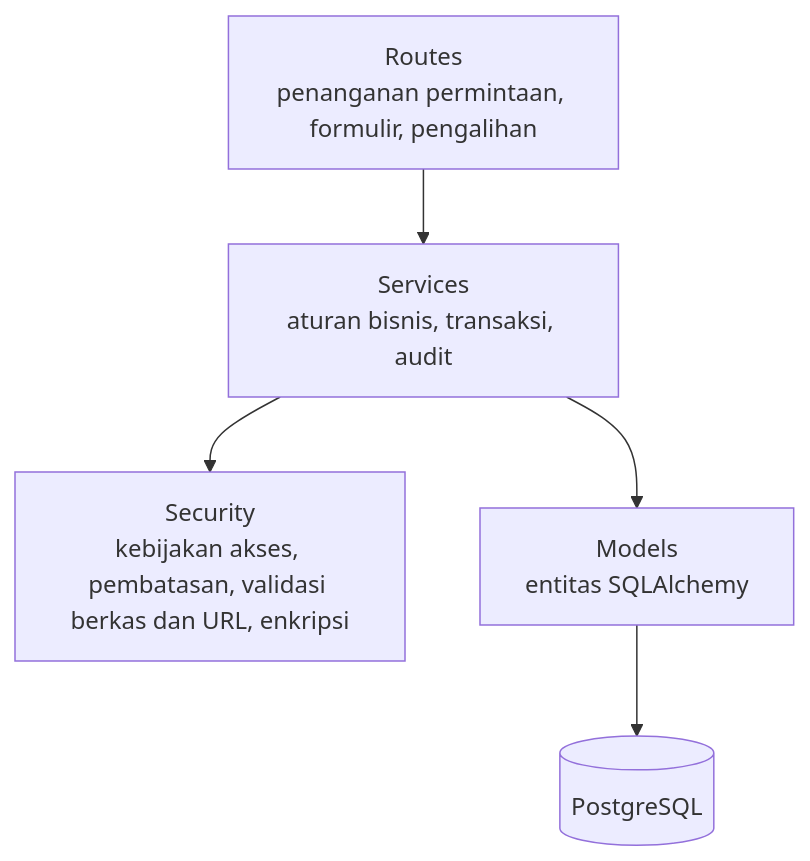
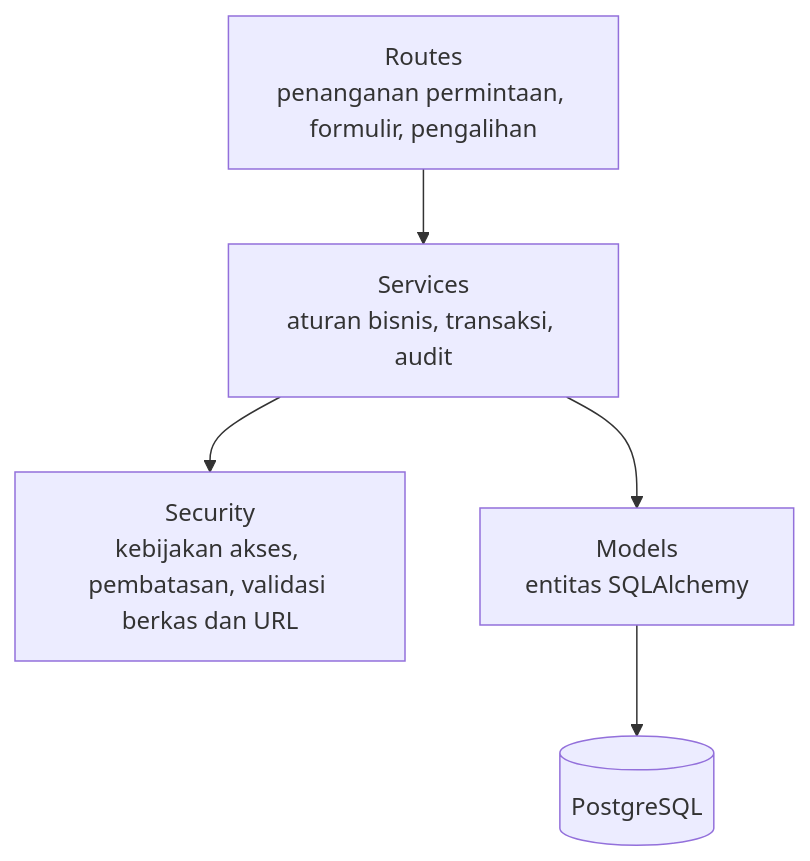
One commit to Masbismaa/mtoa_alr changed the second of 9 diagrams in .github/README.id.md. Above: the diagram before and after it, drawn with Mermaid. The commit also changed other lines of this file and 28 other files, not shown here.

````diff
--- a/.github/README.id.md
+++ b/.github/README.id.md
@@ -370,7 +370,7 @@
 ```mermaid
 flowchart TB
     R[Routes<br/>penanganan permintaan, formulir, pengalihan] --> S[Services<br/>aturan bisnis, transaksi, audit]
-    S --> P[Security<br/>kebijakan akses, pembatasan, validasi berkas dan URL, enkripsi]
+    S --> P[Security<br/>kebijakan akses, pembatasan, validasi berkas dan URL]
     S --> M[Models<br/>entitas SQLAlchemy]
     M --> DB[(PostgreSQL)]
 ```
````
